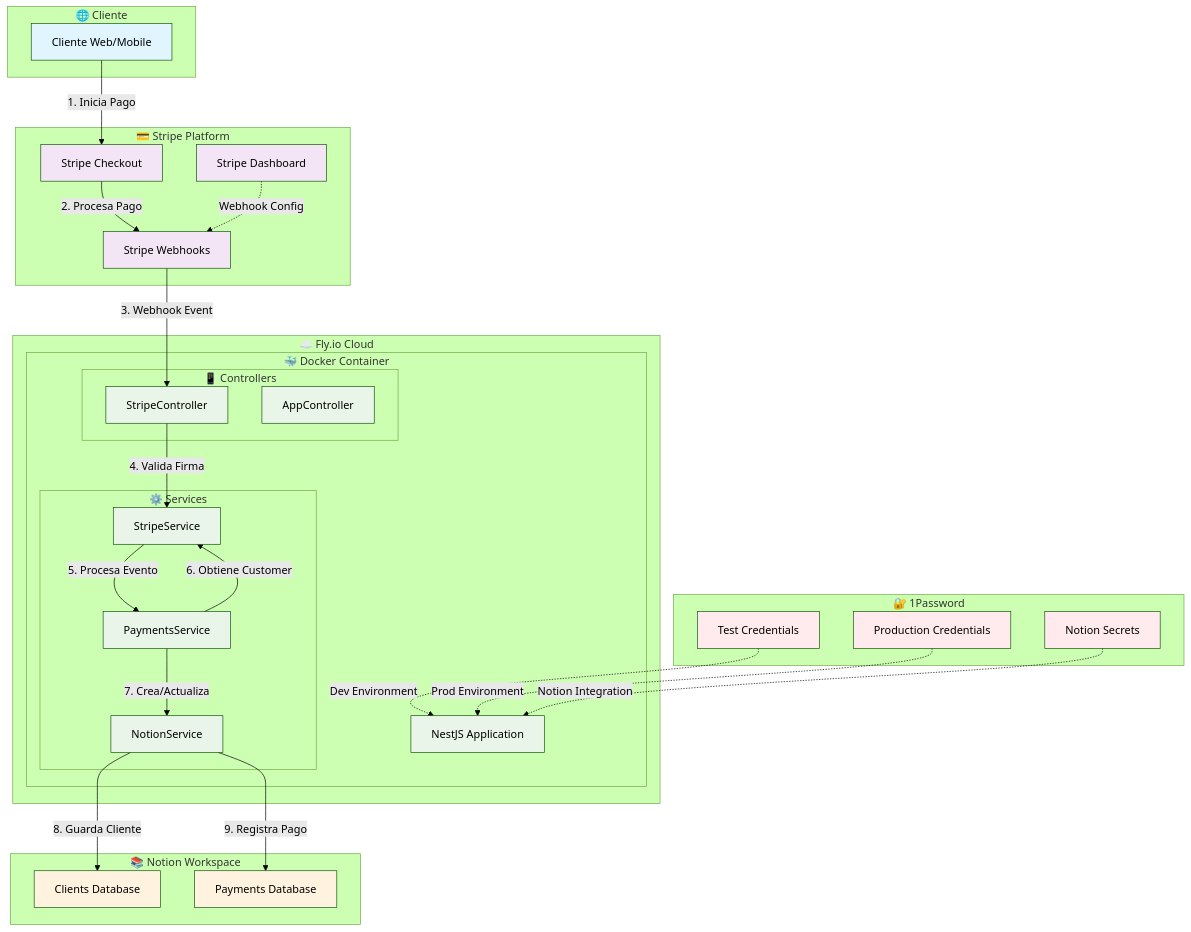
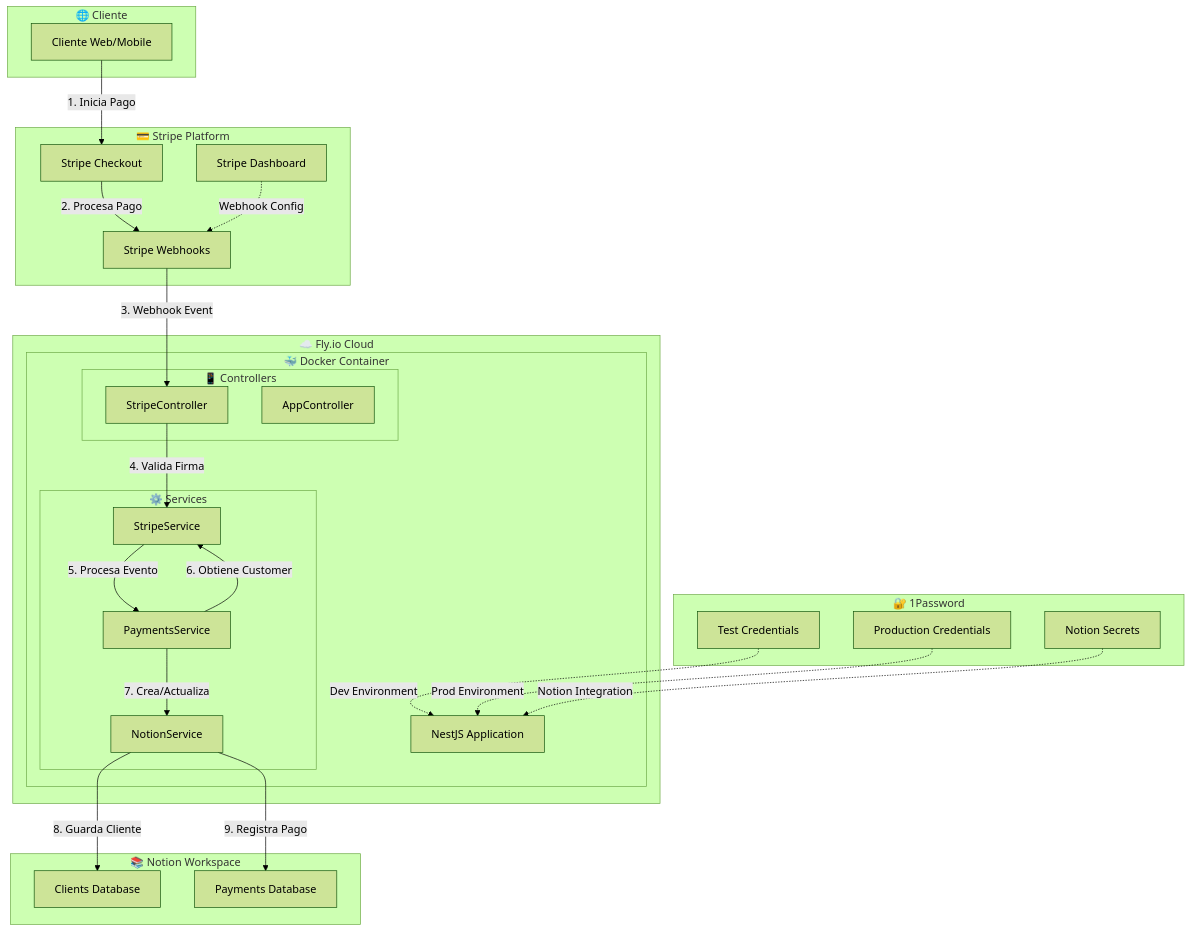
Before and after one commit to Robbyfuu/nestjs-stripe-notion-automation: the first of 7 diagrams in docs/ARCHITECTURE.md, drawn with Mermaid (forest theme). The commit also changed other lines of this file and 14 other files, not shown here.

````diff
--- a/docs/ARCHITECTURE.md
+++ b/docs/ARCHITECTURE.md
@@ -7,68 +7,55 @@
 ```mermaid
 graph TB
     subgraph "🌐 Cliente"
         A[Cliente Web/Mobile]
     end
     
     subgraph "💳 Stripe Platform"
         B[Stripe Checkout]
         C[Stripe Dashboard]
         D[Stripe Webhooks]
     end
     
     subgraph "☁️ Fly.io Cloud"
         subgraph "🐳 Docker Container"
             E[NestJS Application]
             subgraph "📱 Controllers"
                 F[StripeController]
                 G[AppController]
             end
             subgraph "⚙️ Services"
                 H[StripeService]
                 I[PaymentsService] 
                 J[NotionService]
             end
         end
     end
     
     subgraph "📚 Notion Workspace"
         K[Clients Database]
         L[Payments Database]
     end
     
     subgraph "🔐 1Password"
         M[Test Credentials]
         N[Production Credentials]
         O[Notion Secrets]
     end
     
     %% Flujo de pago
     A -->|1. Inicia Pago| B
     B -->|2. Procesa Pago| D
     D -->|3. Webhook Event| F
     F -->|4. Valida Firma| H
     H -->|5. Procesa Evento| I
     I -->|6. Obtiene Customer| H
     I -->|7. Crea/Actualiza| J
     J -->|8. Guarda Cliente| K
     J -->|9. Registra Pago| L
     
     %% Configuración
     M -.->|Dev Environment| E
     N -.->|Prod Environment| E
     O -.->|Notion Integration| E
     C -.->|Webhook Config| D
-    
-    %% Estilos
-    classDef client fill:#e1f5fe
-    classDef stripe fill:#f3e5f5
-    classDef app fill:#e8f5e8
-    classDef notion fill:#fff3e0
-    classDef security fill:#ffebee
-    
-    class A client
-    class B,C,D stripe
-    class E,F,G,H,I,J app
-    class K,L notion
-    class M,N,O security
 ```
````
